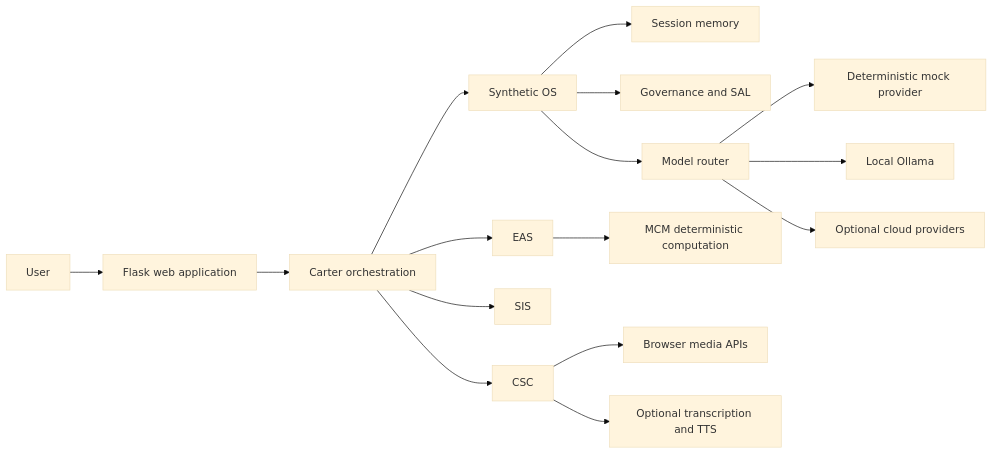
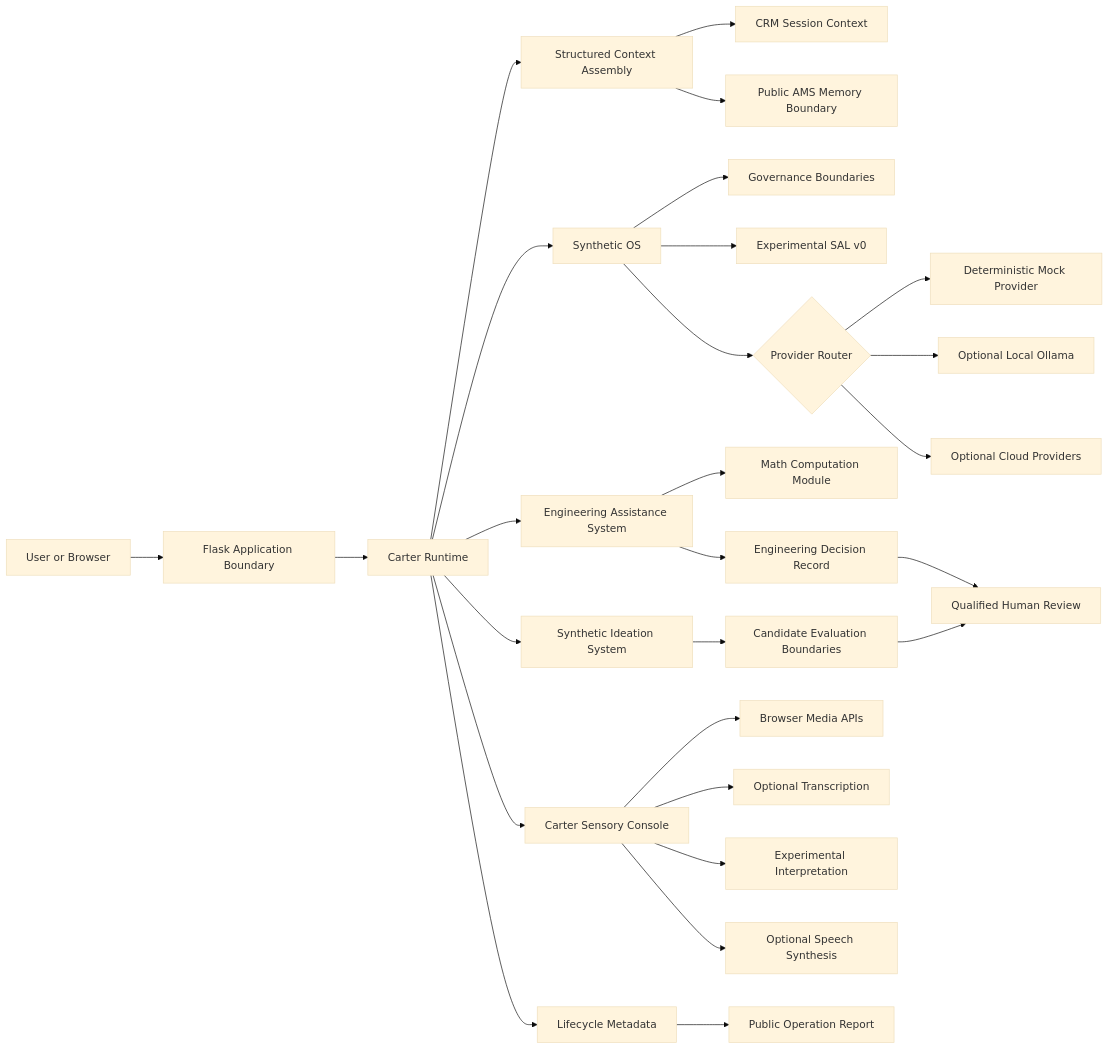
One commit to mdlewis365/carter-synthetic-os changed the first of 5 diagrams in docs/ARCHITECTURE.md. Above: the diagram before and after it, drawn with Mermaid (base theme). The commit also changed other lines of this file and 3 other files, not shown here.

````diff
--- a/docs/ARCHITECTURE.md
+++ b/docs/ARCHITECTURE.md
@@ -9,18 +42,37 @@
 ```mermaid
 flowchart LR
-    U[User] --> W[Flask web application]
-    W --> C[Carter orchestration]
-    C --> S[Synthetic OS]
-    S --> M[Session memory]
-    S --> G[Governance and SAL]
-    S --> R[Model router]
-    R --> X[Deterministic mock provider]
-    R --> O[Local Ollama]
-    R --> P[Optional cloud providers]
-    C --> E[EAS]
-    C --> I[SIS]
-    C --> V[CSC]
-    E --> D[MCM deterministic computation]
-    V --> B[Browser media APIs]
-    V --> T[Optional transcription and TTS]
+    U[User or Browser] --> W[Flask Application Boundary]
+
+    W --> C[Carter Runtime]
+
+    C --> X[Structured Context Assembly]
+    X --> CRM[CRM Session Context]
+    X --> AMS[Public AMS Memory Boundary]
+
+    C --> SOS[Synthetic OS]
+    SOS --> GOV[Governance Boundaries]
+    SOS --> SAL[Experimental SAL v0]
+    SOS --> R{Provider Router}
+
+    R --> MOCK[Deterministic Mock Provider]
+    R --> OLLAMA[Optional Local Ollama]
+    R --> CLOUD[Optional Cloud Providers]
+
+    C --> EAS[Engineering Assistance System]
+    EAS --> MCM[Math Computation Module]
+    EAS --> EDR[Engineering Decision Record]
+    EDR --> HR[Qualified Human Review]
+
+    C --> SIS[Synthetic Ideation System]
+    SIS --> EVAL[Candidate Evaluation Boundaries]
+    EVAL --> HR
+
+    C --> CSC[Carter Sensory Console]
+    CSC --> MEDIA[Browser Media APIs]
+    CSC --> TRANS[Optional Transcription]
+    CSC --> INTERP[Experimental Interpretation]
+    CSC --> TTS[Optional Speech Synthesis]
+
+    C --> LCM[Lifecycle Metadata]
+    LCM --> OPR[Public Operation Report]
 ```
````
